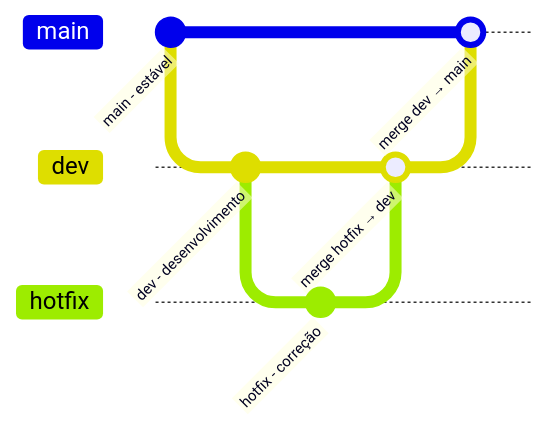
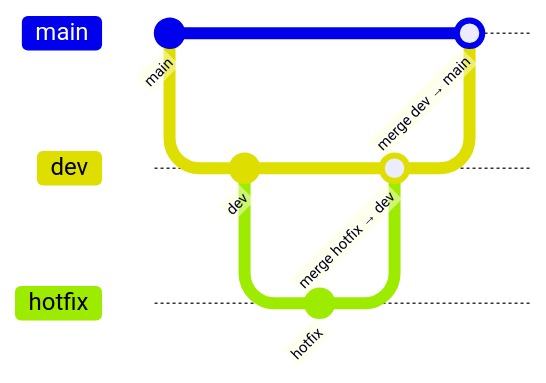
Before and after one commit to Tosi-eu/abrigo-helena-dornfeld-front: the diagram in README.md, drawn with Mermaid. The commit also changed other lines of this file, not shown here.

````diff
--- a/README.md
+++ b/README.md
@@ -56,12 +56,12 @@
 ```mermaid
 gitGraph
-   commit id: "main - estável"
+   commit id: "main"
    branch dev
-   commit id: "dev - desenvolvimento"
+   commit id: "dev"
    branch hotfix
-   commit id: "hotfix - correção"
+   commit id: "hotfix"
    checkout dev
    merge hotfix id: "merge hotfix → dev"
    checkout main
    merge dev id: "merge dev → main"
 ```
````
